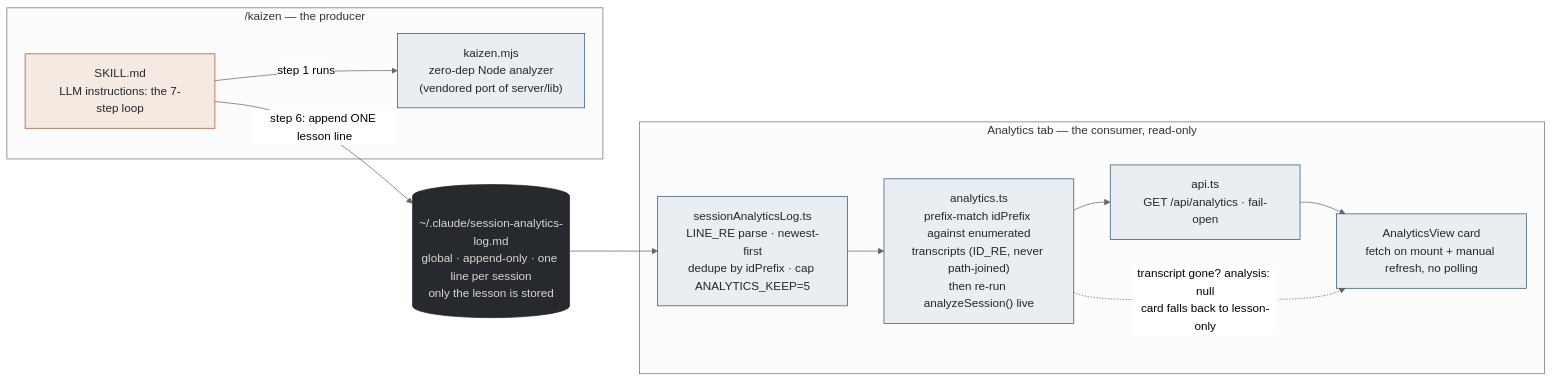
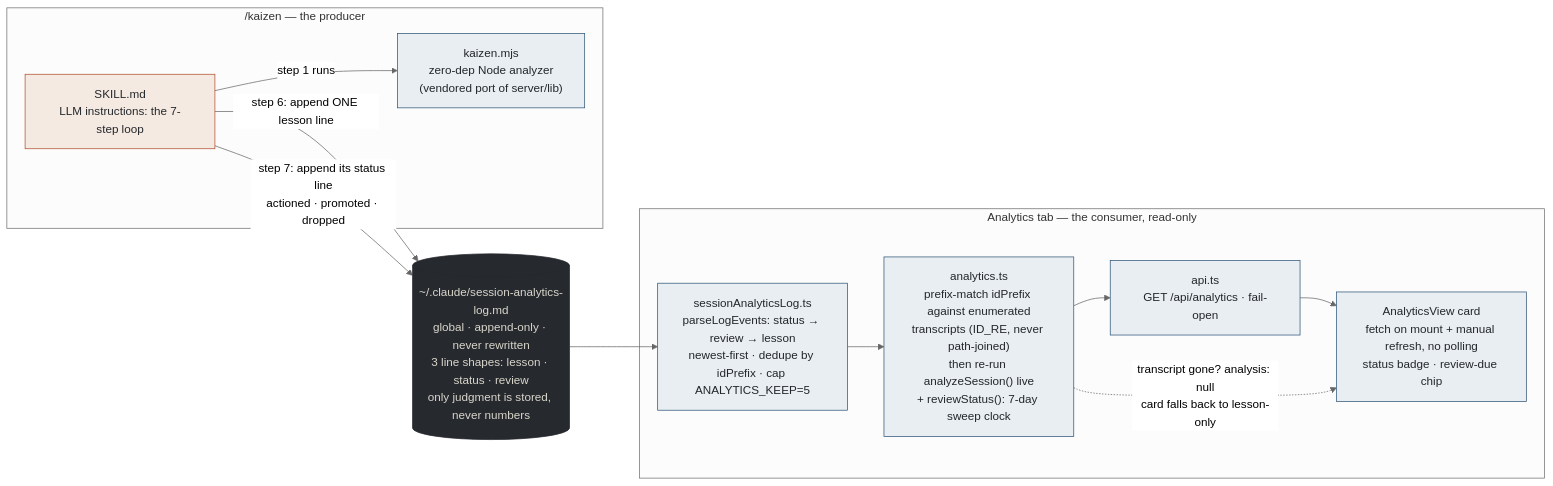
Before and after one commit to futin/claude-agents-dashboard: the first of 6 diagrams in docs/learning/kaizen-and-analytics-diagrams.md, drawn with Mermaid (neutral theme). The commit also changed other lines of this file and 13 other files, not shown here.

First line of the commit message:
feat(analytics): track lesson outcomes and review cadence

````diff
--- a/docs/learning/kaizen-and-analytics-diagrams.md
+++ b/docs/learning/kaizen-and-analytics-diagrams.md
@@ -15,30 +16,31 @@
 ```mermaid
 flowchart LR
     subgraph P["/kaizen — the producer"]
         SK["SKILL.md<br/>LLM instructions: the 7-step loop"]
         MJ["kaizen.mjs<br/>zero-dep Node analyzer<br/>(vendored port of server/lib)"]
         SK -->|"step 1 runs"| MJ
     end
 
-    LOG[("~/.claude/session-analytics-log.md<br/>global · append-only · one line per session<br/>only the lesson is stored")]
+    LOG[("~/.claude/session-analytics-log.md<br/>global · append-only · never rewritten<br/>3 line shapes: lesson · status · review<br/>only judgment is stored, never numbers")]
 
     subgraph C["Analytics tab — the consumer, read-only"]
-        SAL["sessionAnalyticsLog.ts<br/>LINE_RE parse · newest-first<br/>dedupe by idPrefix · cap ANALYTICS_KEEP=5"]
-        AN["analytics.ts<br/>prefix-match idPrefix against enumerated<br/>transcripts (ID_RE, never path-joined)<br/>then re-run analyzeSession() live"]
+        SAL["sessionAnalyticsLog.ts<br/>parseLogEvents: status → review → lesson<br/>newest-first · dedupe by idPrefix · cap ANALYTICS_KEEP=5"]
+        AN["analytics.ts<br/>prefix-match idPrefix against enumerated<br/>transcripts (ID_RE, never path-joined)<br/>then re-run analyzeSession() live<br/>+ reviewStatus(): 7-day sweep clock"]
         API["api.ts<br/>GET /api/analytics · fail-open"]
-        AV["AnalyticsView card<br/>fetch on mount + manual refresh, no polling"]
+        AV["AnalyticsView card<br/>fetch on mount + manual refresh, no polling<br/>status badge · review-due chip"]
         SAL --> AN --> API --> AV
     end
 
     SK -->|"step 6: append ONE lesson line"| LOG
+    SK -->|"step 7: append its status line<br/>actioned · promoted · dropped"| LOG
     LOG --> SAL
 
     AN -.->|"transcript gone? analysis: null<br/>card falls back to lesson-only"| AV
 
     classDef judgment fill:#F5EAE2,stroke:#B0502C,color:#23272B
     classDef exact fill:#E9EEF3,stroke:#2F5578,color:#23272B
     classDef wire fill:#26292E,stroke:#26292E,color:#D9D6CC
     class SK judgment
     class MJ,SAL,AN,API,AV exact
     class LOG wire
 ```
````
